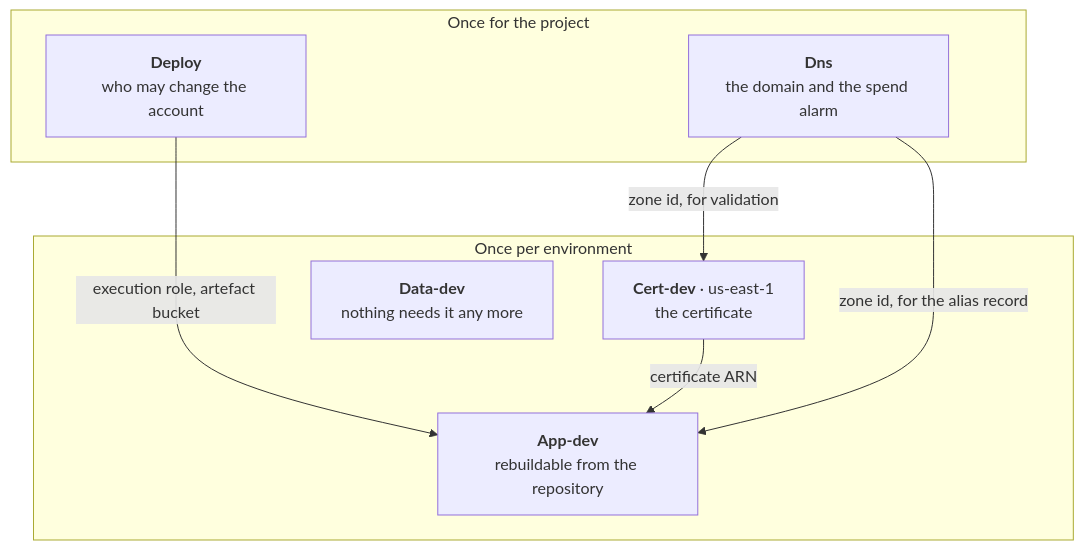
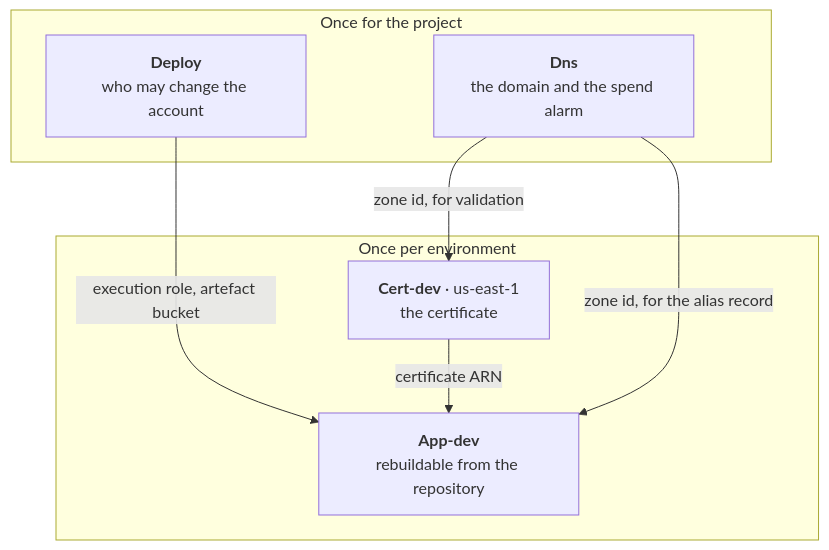
One commit to Ovich/job-application-ai changed the first of 5 diagrams in infra/architecture.md. Above: the diagram before and after it, drawn with Mermaid. The commit also changed other lines of this file and 8 other files, not shown here.

````diff
--- a/infra/architecture.md
+++ b/infra/architecture.md
@@ -72,17 +72,15 @@
 ```mermaid
 flowchart TB
   subgraph project["Once for the project"]
     Deploy["<b>Deploy</b><br/>who may change the account"]
     Dns["<b>Dns</b><br/>the domain and the spend alarm"]
   end
   subgraph env["Once per environment"]
     Cert["<b>Cert-dev</b> · us-east-1<br/>the certificate"]
-    Data["<b>Data-dev</b><br/>nothing needs it any more"]
     App["<b>App-dev</b><br/>rebuildable from the repository"]
   end
   Dns -->|"zone id, for validation"| Cert
   Cert -->|"certificate ARN"| App
   Deploy -->|"execution role, artefact bucket"| App
   Dns -->|"zone id, for the alias record"| App
-  Data ~~~ App
 ```
````
